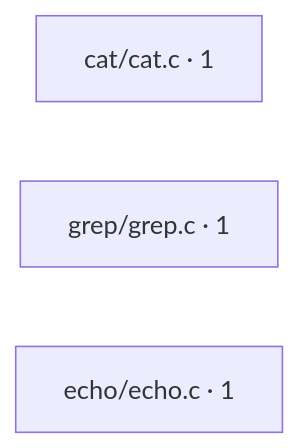
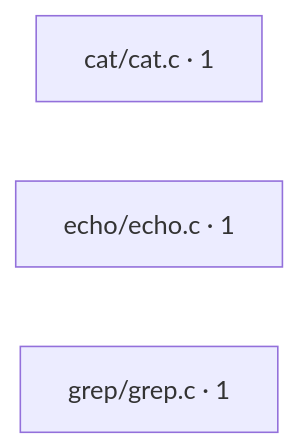
One commit to spaceadler/minicoreutils changed the diagram in CODEMAP.md. Above: the diagram before and after it, drawn with Mermaid. The commit also changed other lines of this file, not shown here.

````diff
--- a/CODEMAP.md
+++ b/CODEMAP.md
@@ -11,6 +11,6 @@
 ```mermaid
 flowchart LR
     n_cat_cat_c["cat/cat.c · 1"]
+    n_echo_echo_c["echo/echo.c · 1"]
     n_grep_grep_c["grep/grep.c · 1"]
-    n_echo_echo_c["echo/echo.c · 1"]
 ```
````
